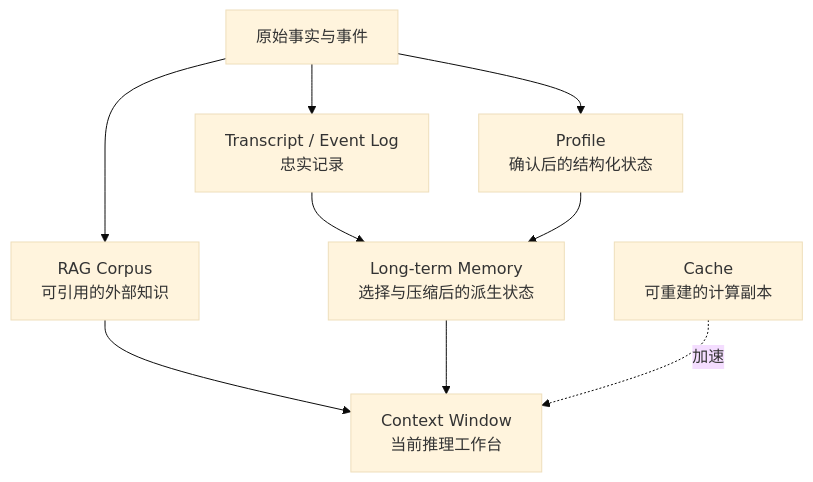
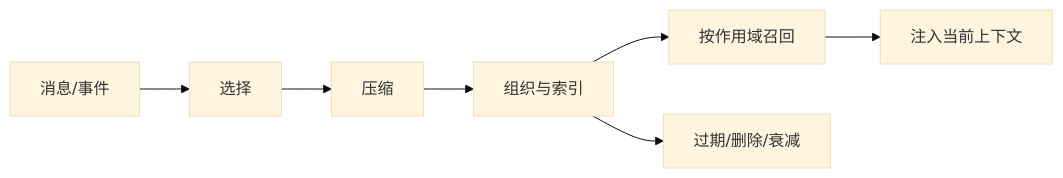
The second of 8 diagrams in docs/learning/mem0-memory-system-design.zh-CN.md (StevenLZM/mem0), drawn with Mermaid (base theme) before and after one commit. The commit also changed other lines of this file, not shown here.

Commit message:
docs: refine memory system foundations

````diff
--- a/docs/learning/mem0-memory-system-design.zh-CN.md
+++ b/docs/learning/mem0-memory-system-design.zh-CN.md
@@ -98,11 +109,9 @@
 ```mermaid
-flowchart TB
-    S[原始事实与事件] --> T[Transcript / Event Log<br/>忠实记录]
-    S --> P[Profile<br/>确认后的结构化状态]
-    S --> R[RAG Corpus<br/>可引用的外部知识]
-    T --> M[Long-term Memory<br/>选择与压缩后的派生状态]
-    P --> M
-    R --> C[Context Window<br/>当前推理工作台]
-    M --> C
-    K[Cache<br/>可重建的计算副本] -.加速.-> C
+flowchart LR
+    M[消息/事件] --> S[选择]
+    S --> C[压缩]
+    C --> O[组织与索引]
+    O --> R[按作用域召回]
+    R --> U[注入当前上下文]
+    O --> F[过期/删除/衰减]
 ```
````
